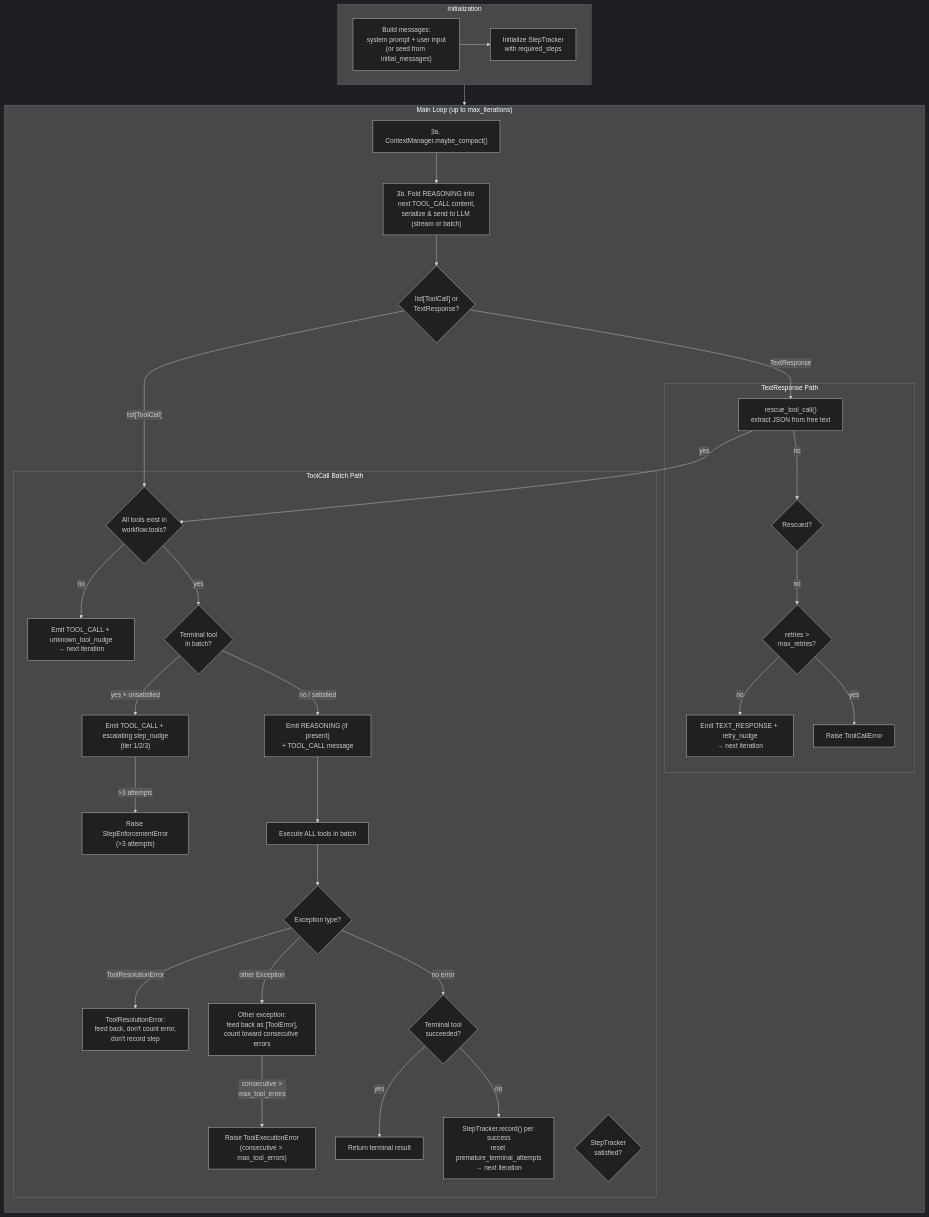
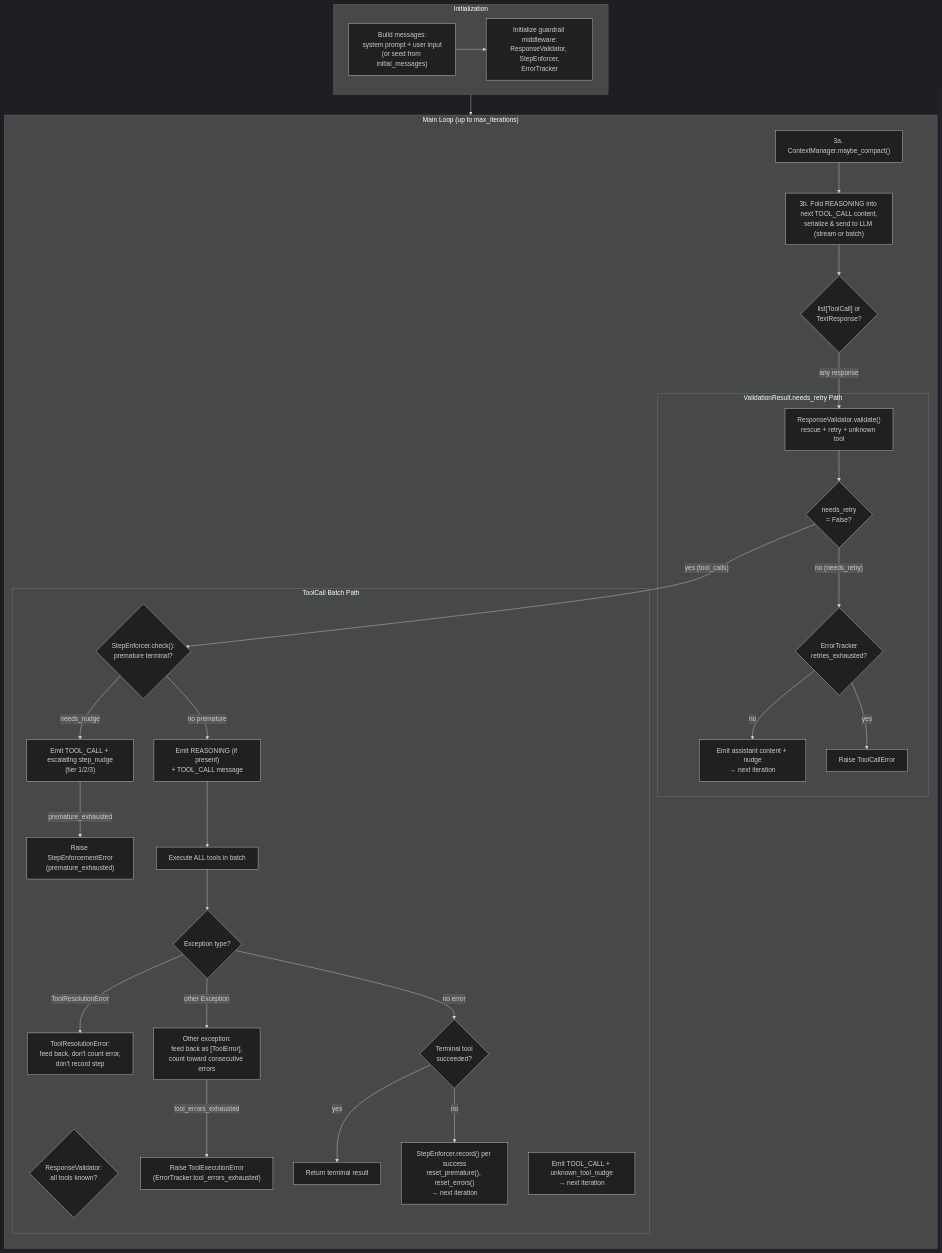
The first of 7 diagrams in docs/WORKFLOW.md (antoinezambelli/forge), drawn with Mermaid (dark theme) before and after one commit. The commit also changed other lines of this file and 11 other files, not shown here.

First line of the commit message:
Guardrails facade, middleware docs, proxy + text intent ADRs (#10) (#11)

````diff
--- a/docs/WORKFLOW.md
+++ b/docs/WORKFLOW.md
@@ -30,68 +30,64 @@
 ```mermaid
 flowchart TD
     subgraph Init["Initialization"]
         BUILD["Build messages:<br/>system prompt + user input<br/>(or seed from initial_messages)"]
-        STEPS["Initialize StepTracker<br/>with required_steps"]
-        BUILD --> STEPS
+        GUARDS["Initialize guardrail middleware:<br/>ResponseValidator, StepEnforcer,<br/>ErrorTracker"]
+        BUILD --> GUARDS
     end
 
     subgraph Loop["Main Loop (up to max_iterations)"]
         direction TB
         COMPACT["3a. ContextManager.maybe_compact()"]
         SEND["3b. Fold REASONING into next TOOL_CALL content,<br/>serialize & send to LLM (stream or batch)"]
         CHECK{"list[ToolCall] or<br/>TextResponse?"}
 
-        subgraph TextPath["TextResponse Path"]
-            RESCUE["rescue_tool_call()<br/>extract JSON from free text"]
-            RESCUED{"Rescued?"}
-            RETRY_COUNT{"retries &gt;<br/>max_retries?"}
-            NUDGE["Emit TEXT_RESPONSE + retry_nudge<br/>→ next iteration"]
+        subgraph TextPath["ValidationResult.needs_retry Path"]
+            VALIDATE["ResponseValidator.validate()<br/>rescue + retry + unknown tool"]
+            RESCUED{"needs_retry<br/>= False?"}
+            RETRY_COUNT{"ErrorTracker<br/>retries_exhausted?"}
+            NUDGE["Emit assistant content + nudge<br/>→ next iteration"]
             FAIL_RETRY["Raise ToolCallError"]
         end
 
         subgraph ToolPath["ToolCall Batch Path"]
-            KNOWN{"All tools exist in<br/>workflow.tools?"}
+            KNOWN{"ResponseValidator:<br/>all tools known?"}
             UNKNOWN_NUDGE["Emit TOOL_CALL + unknown_tool_nudge<br/>→ next iteration"]
-            TERMINAL{"Terminal tool<br/>in batch?"}
-            SATISFIED{"StepTracker<br/>satisfied?"}
+            TERMINAL{"StepEnforcer.check():<br/>premature terminal?"}
             STEP_NUDGE["Emit TOOL_CALL + escalating step_nudge<br/>(tier 1/2/3)"]
-            STEP_FAIL["Raise StepEnforcementError<br/>(&gt;3 attempts)"]
+            STEP_FAIL["Raise StepEnforcementError<br/>(premature_exhausted)"]
             EMIT["Emit REASONING (if present)<br/>+ TOOL_CALL message"]
             EXEC_BATCH["Execute ALL tools in batch"]
             TOOL_ERROR{"Exception type?"}
             RESOLUTION_ERR["ToolResolutionError:<br/>feed back, don't count error,<br/>don't record step"]
             EXEC_ERR["Other exception:<br/>feed back as [ToolError],<br/>count toward consecutive errors"]
-            TOOL_FAIL["Raise ToolExecutionError<br/>(consecutive &gt; max_tool_errors)"]
+            TOOL_FAIL["Raise ToolExecutionError<br/>(ErrorTracker.tool_errors_exhausted)"]
             BATCH_DONE{"Terminal tool<br/>succeeded?"}
             RETURN["Return terminal result"]
-            RECORD["StepTracker.record() per success<br/>reset premature_terminal_attempts<br/>→ next iteration"]
+            RECORD["StepEnforcer.record() per success<br/>reset_premature(), reset_errors()<br/>→ next iteration"]
         end
 
         COMPACT --> SEND --> CHECK
-        CHECK -- "TextResponse" --> RESCUE
-        CHECK -- "list[ToolCall]" --> KNOWN
+        CHECK -- "any response" --> VALIDATE
+        VALIDATE --> RESCUED
 
-        RESCUE -- "yes" --> KNOWN
-        RESCUE -- "no" --> RESCUED
-        RESCUED -- "no" --> RETRY_COUNT
+        RESCUED -- "yes (tool_calls)" --> TERMINAL
+        RESCUED -- "no (needs_retry)" --> RETRY_COUNT
         RETRY_COUNT -- "no" --> NUDGE
         RETRY_COUNT -- "yes" --> FAIL_RETRY
 
-        KNOWN -- "no" --> UNKNOWN_NUDGE
-        KNOWN -- "yes" --> TERMINAL
-        TERMINAL -- "yes + unsatisfied" --> STEP_NUDGE
-        TERMINAL -- "no / satisfied" --> EMIT
-        STEP_NUDGE -- "&gt;3 attempts" --> STEP_FAIL
+        TERMINAL -- "needs_nudge" --> STEP_NUDGE
+        TERMINAL -- "no premature" --> EMIT
+        STEP_NUDGE -- "premature_exhausted" --> STEP_FAIL
 
         EMIT --> EXEC_BATCH
         EXEC_BATCH --> TOOL_ERROR
         TOOL_ERROR -- "ToolResolutionError" --> RESOLUTION_ERR
         TOOL_ERROR -- "other Exception" --> EXEC_ERR
-        EXEC_ERR -- "consecutive &gt;<br/>max_tool_errors" --> TOOL_FAIL
+        EXEC_ERR -- "tool_errors_exhausted" --> TOOL_FAIL
         TOOL_ERROR -- "no error" --> BATCH_DONE
         BATCH_DONE -- "yes" --> RETURN
         BATCH_DONE -- "no" --> RECORD
     end
 
     Init --> Loop
 ```
````
